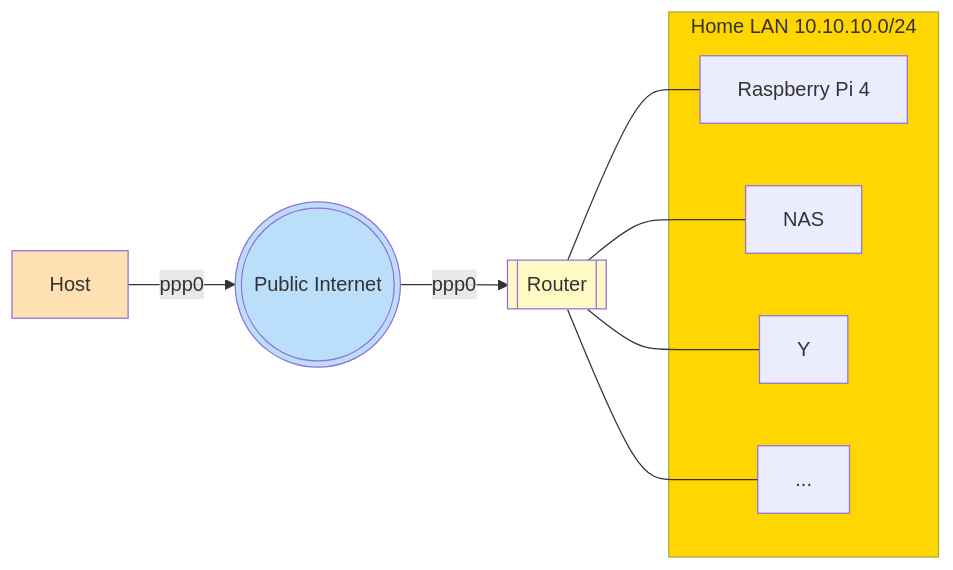
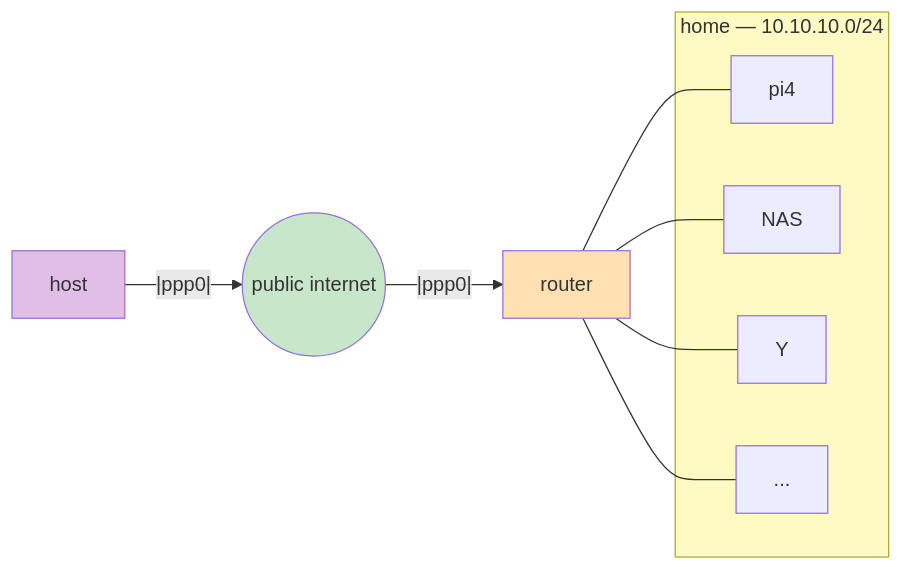
The diagram in how-to/wireguard-vpn/peer-to-site.md (canonical/ubuntu-server-documentation), drawn with Mermaid before and after one commit.

Commit message:
Update diagram to match #406
The PR #406 was intended to update this diagram but was submitted as a new PR instead

````diff
--- a/how-to/wireguard-vpn/peer-to-site.md
+++ b/how-to/wireguard-vpn/peer-to-site.md
@@ -14,18 +14,20 @@
 ```{mermaid}
 
+
 flowchart LR
- subgraph home["Home LAN 10.10.10.0/24"]
-        pi4["Raspberry Pi 4"]
+ subgraph home["home — 10.10.10.0/24"]
+        pi4["pi4"]
         nas["NAS"]
-        extra["Y"]
+        Y["Y"]
         dots["..."]
   end
-    host["Host"] -- ppp0 --> internet((("Public Internet")))
-    internet -- ppp0 --> router[["Router"]]
-    router --- pi4 & nas & extra & dots
-    style host fill:#FFE0B2
-    style internet fill:#BBDEFB
-    style router fill:#FFF9C4
-    style home fill:#FFD600
+    router["router"] --- pi4 & nas & Y & dots
+    host["host"] -- |ppp0| --> internet(("public internet"))
+    internet -- |ppp0| --> router
+    style router fill:#FFE0B2
+    style host fill:#E1BEE7
+    style internet fill:#C8E6C9
+    style home fill:#FFF9C4
+
 
 ```
````
